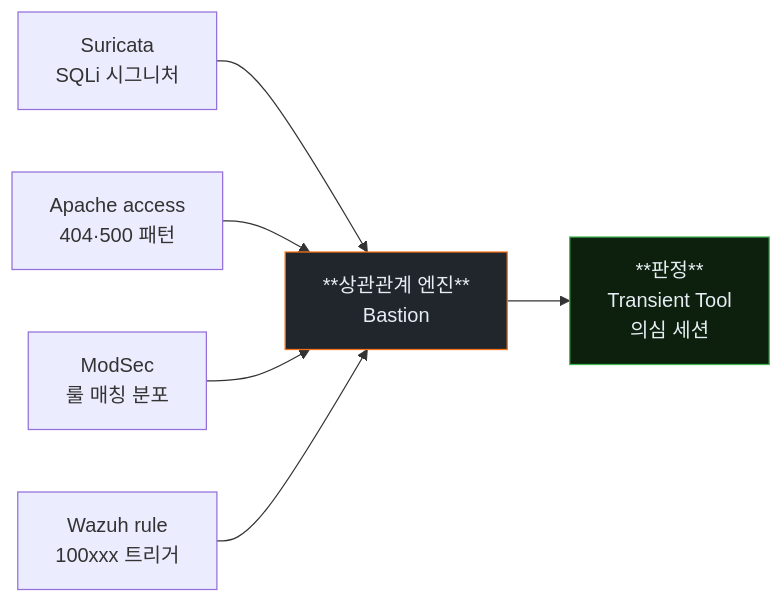
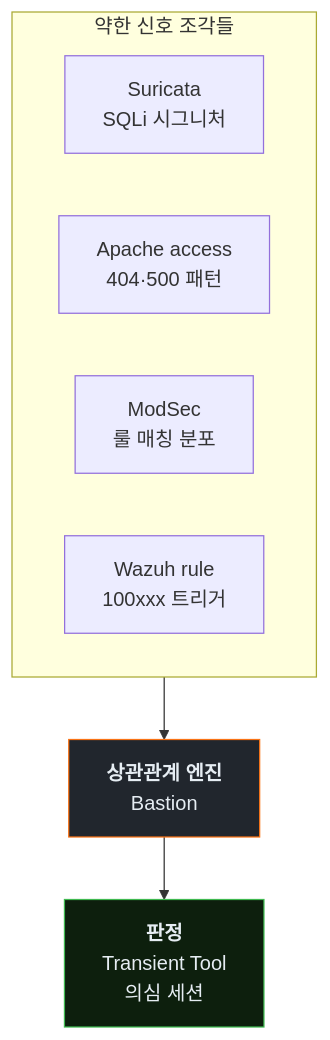
The second of 2 diagrams in contents/education/course19-agent-incident-response/week04/lecture.md (mrgrit/ccc), drawn with Mermaid before and after one commit. The commit also changed other lines of this file and 5 other files, not shown here.

First line of the commit message:
docs(course19): w9 상세화 + 기존 LR 다이어그램을 TB로 전환

````diff
--- a/contents/education/course19-agent-incident-response/week04/lecture.md
+++ b/contents/education/course19-agent-incident-response/week04/lecture.md
@@ -313,12 +313,14 @@
 ```mermaid
-flowchart LR
-    S1["Suricata<br/>SQLi 시그니처"]
-    S2["Apache access<br/>404·500 패턴"]
-    S3["ModSec<br/>룰 매칭 분포"]
-    S4["Wazuh rule<br/>100xxx 트리거"]
-    C["**상관관계 엔진**<br/>Bastion"]
-    V["**판정**<br/>Transient Tool<br/>의심 세션"]
-    S1 & S2 & S3 & S4 --> C --> V
+flowchart TB
+    subgraph Signals["약한 신호 조각들"]
+      S1["Suricata<br/>SQLi 시그니처"]
+      S2["Apache access<br/>404·500 패턴"]
+      S3["ModSec<br/>룰 매칭 분포"]
+      S4["Wazuh rule<br/>100xxx 트리거"]
+    end
+    C["<b>상관관계 엔진</b><br/>Bastion"]
+    V["<b>판정</b><br/>Transient Tool<br/>의심 세션"]
+    Signals --> C --> V
     style C fill:#21262d,stroke:#f97316,color:#e6edf3
     style V fill:#0d1f0d,stroke:#3fb950,color:#e6edf3
 ```
````
